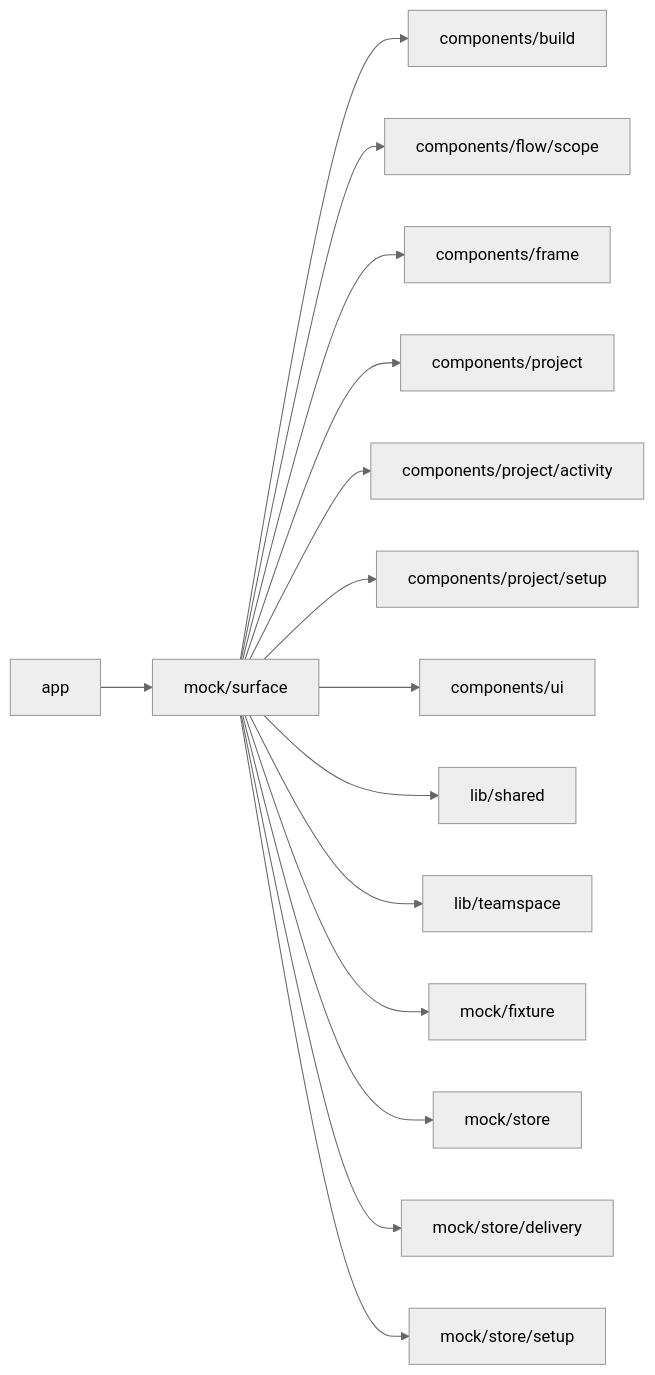
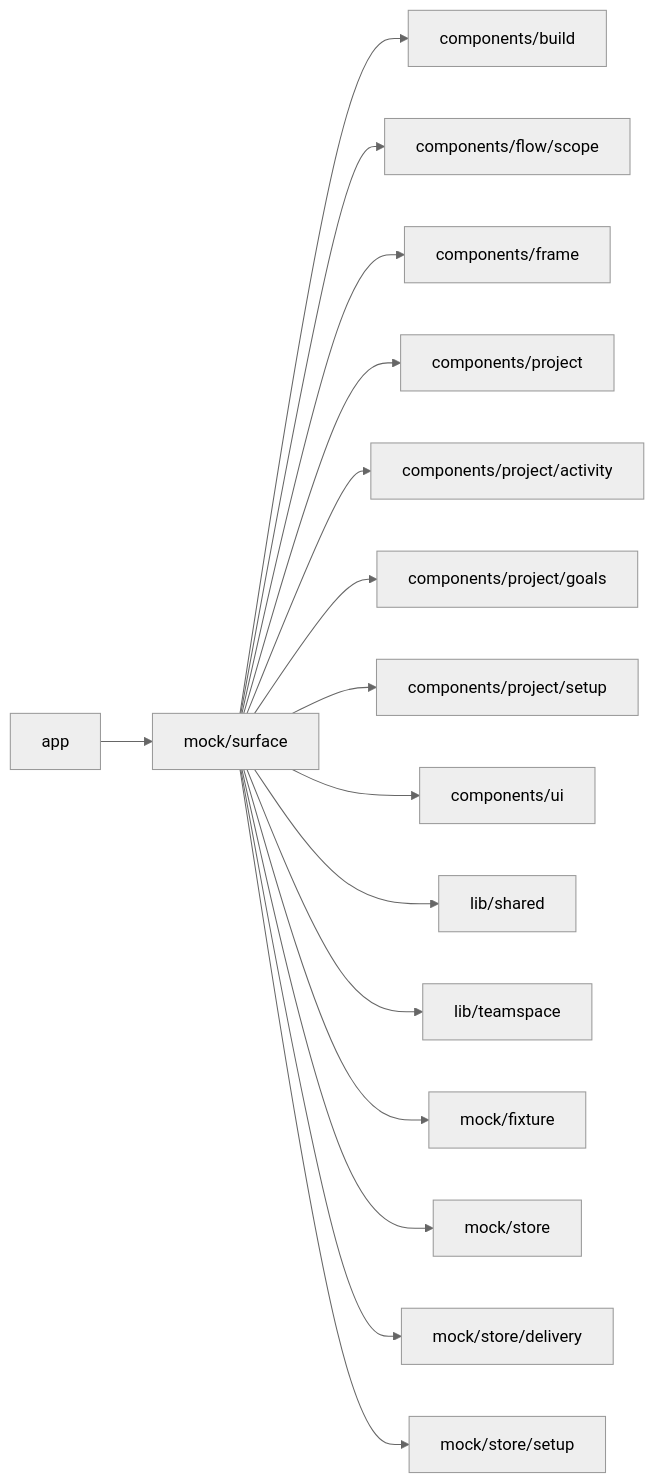
One commit to superdurable/superverse changed the diagram in web/studio/mock/surface/README.md. Above: the diagram before and after it, drawn with Mermaid (neutral theme). The commit also changed other lines of this file and 145 other files, not shown here.

````diff
--- a/web/studio/mock/surface/README.md
+++ b/web/studio/mock/surface/README.md
@@ -10,18 +10,19 @@
 ```mermaid
 flowchart LR
   self["mock/surface"]
   c0["app"] --> self
   self --> d0["components/build"]
   self --> d1["components/flow/scope"]
   self --> d2["components/frame"]
   self --> d3["components/project"]
   self --> d4["components/project/activity"]
-  self --> d5["components/project/setup"]
-  self --> d6["components/ui"]
-  self --> d7["lib/shared"]
-  self --> d8["lib/teamspace"]
-  self --> d9["mock/fixture"]
-  self --> d10["mock/store"]
-  self --> d11["mock/store/delivery"]
-  self --> d12["mock/store/setup"]
+  self --> d5["components/project/goals"]
+  self --> d6["components/project/setup"]
+  self --> d7["components/ui"]
+  self --> d8["lib/shared"]
+  self --> d9["lib/teamspace"]
+  self --> d10["mock/fixture"]
+  self --> d11["mock/store"]
+  self --> d12["mock/store/delivery"]
+  self --> d13["mock/store/setup"]
 ```
````
